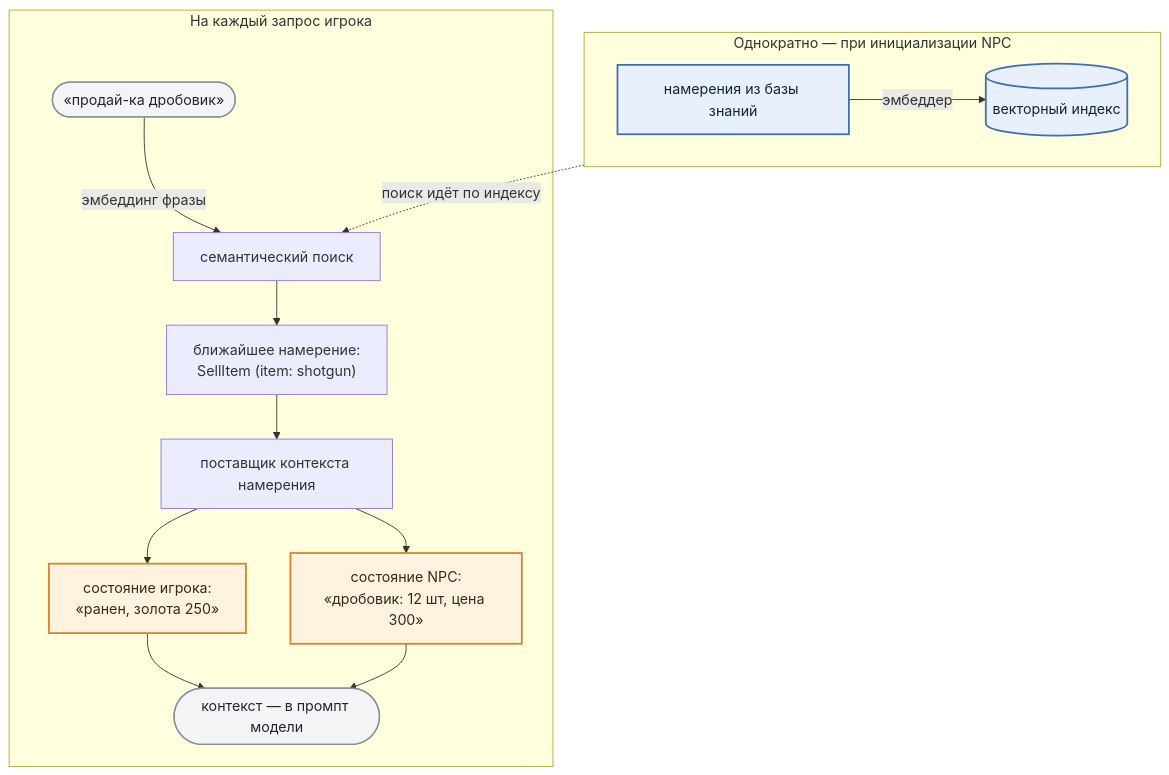
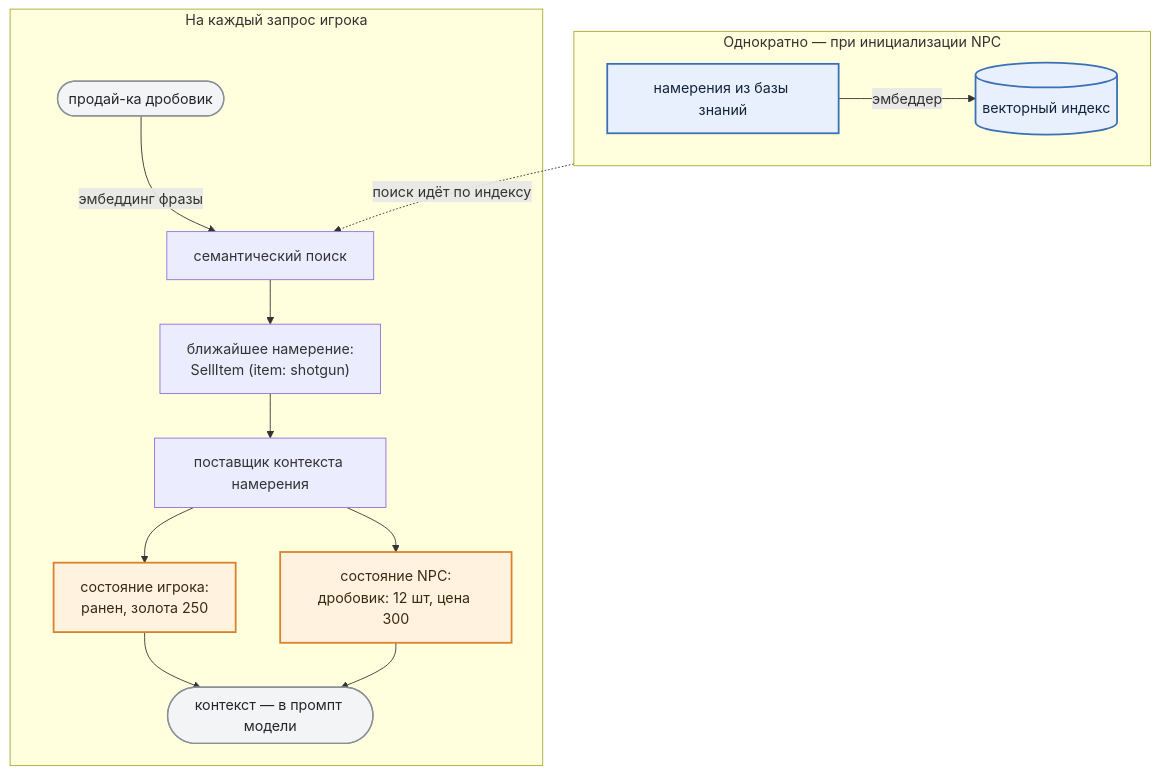
The diagram in docs/parts/section-02-memory.md (MimusTriurus/ullama_demo), drawn with Mermaid before and after one commit. The commit also changed other lines of this file and 7 other files, not shown here.

````diff
--- a/docs/parts/section-02-memory.md
+++ b/docs/parts/section-02-memory.md
@@ -32,27 +32,27 @@
 ```mermaid
 flowchart TD
     subgraph init["Однократно — при инициализации NPC"]
         direction LR
         SRC["намерения из базы знаний"] -- эмбеддер --> IDX[("векторный индекс")]
     end
 
     subgraph run["На каждый запрос игрока"]
-        Q(["«продай-ка дробовик»"]) -- эмбеддинг фразы --> SEARCH["семантический поиск"]
+        Q(["продай-ка дробовик"]) -- эмбеддинг фразы --> SEARCH["семантический поиск"]
         SEARCH --> HIT["ближайшее намерение:<br/>SellItem (item: shotgun)"]
         HIT --> DG["поставщик контекста намерения"]
-        DG --> US["состояние игрока:<br/>«ранен, золота 250»"]
-        DG --> NS["состояние NPC:<br/>«дробовик: 12 шт, цена 300»"]
+        DG --> US["состояние игрока:<br/>ранен, золота 250"]
+        DG --> NS["состояние NPC:<br/>дробовик: 12 шт, цена 300"]
         US --> PROMPT(["контекст — в промпт модели"])
         NS --> PROMPT
     end
 
     IDX -. поиск идёт по индексу .-> SEARCH
 
     classDef store fill:#e8f0fe,stroke:#3b6fb6,stroke-width:2px,color:#12243b
     classDef state fill:#fff3e0,stroke:#d9822b,stroke-width:2px,color:#3b2a12
     classDef edge fill:#f3f4f6,stroke:#8b8f96,stroke-width:1.5px,color:#22262b
 
     class SRC,IDX store
     class US,NS state
     class Q,PROMPT edge
 ```
````
